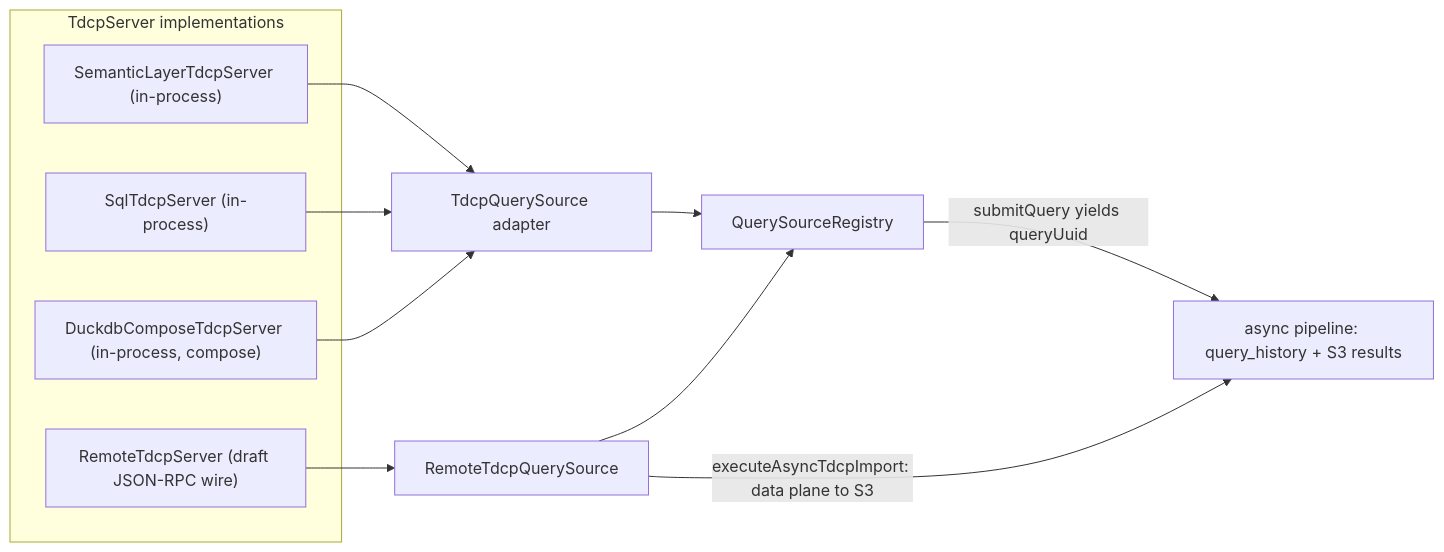
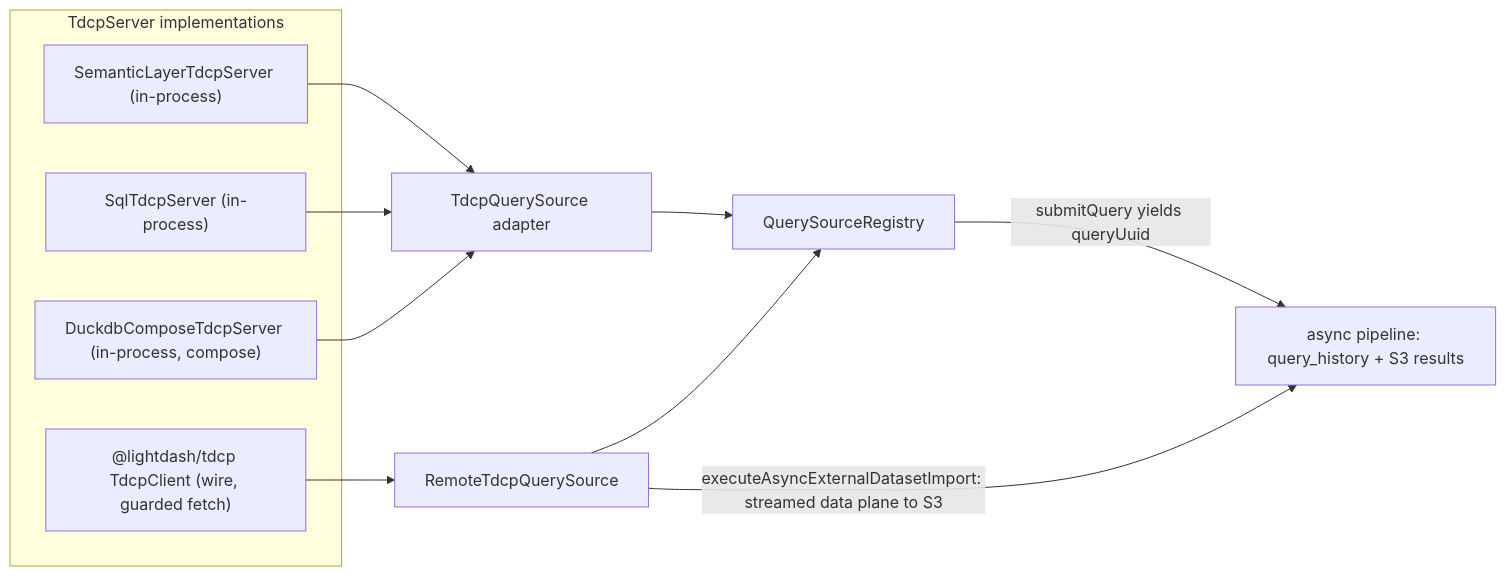
The second of 2 diagrams in docs/tdcp-tabular-data-context-protocol.md (lightdash/lightdash), drawn with Mermaid before and after one commit. The commit also changed other lines of this file and 52 other files, not shown here.

First line of the commit message:
refactor: one TDCP vocabulary, streamed data plane, SDK dogfooded end to end

````diff
--- a/docs/tdcp-tabular-data-context-protocol.md
+++ b/docs/tdcp-tabular-data-context-protocol.md
@@ -45,21 +45,21 @@
 ```mermaid
 flowchart LR
     subgraph SRV["TdcpServer implementations"]
         SL["SemanticLayerTdcpServer (in-process)"]
         SQ["SqlTdcpServer (in-process)"]
         DK["DuckdbComposeTdcpServer (in-process, compose)"]
-        RM["RemoteTdcpServer (draft JSON-RPC wire)"]
+        RM["@lightdash/tdcp TdcpClient (wire, guarded fetch)"]
     end
     AD["TdcpQuerySource adapter"]
     RAD["RemoteTdcpQuerySource"]
     REG["QuerySourceRegistry"]
     PIPE["async pipeline: query_history + S3 results"]
     SL --> AD
     SQ --> AD
     DK --> AD
     RM --> RAD
     AD --> REG
     RAD --> REG
     REG -->|"submitQuery yields queryUuid"| PIPE
-    RAD -->|"executeAsyncTdcpImport: data plane to S3"| PIPE
+    RAD -->|"executeAsyncExternalDatasetImport: streamed data plane to S3"| PIPE
 ```
````
